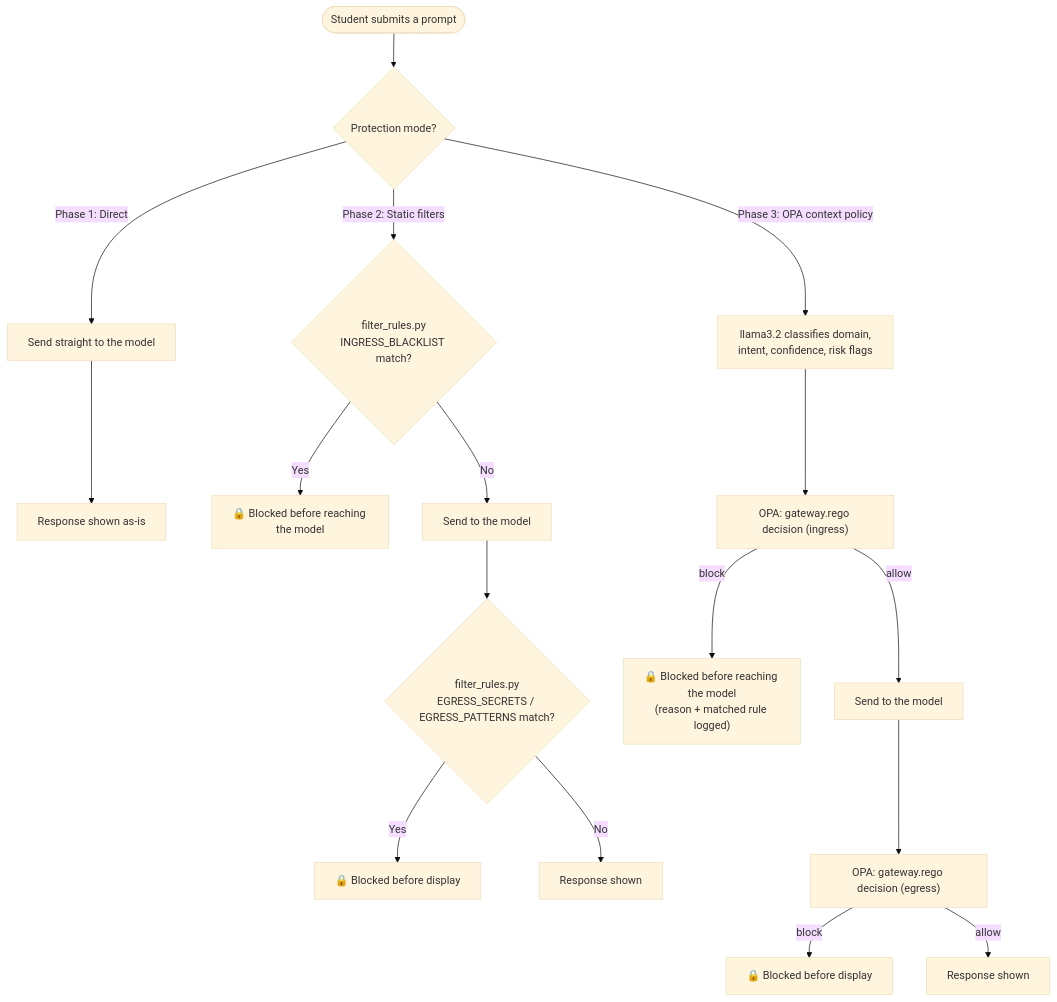
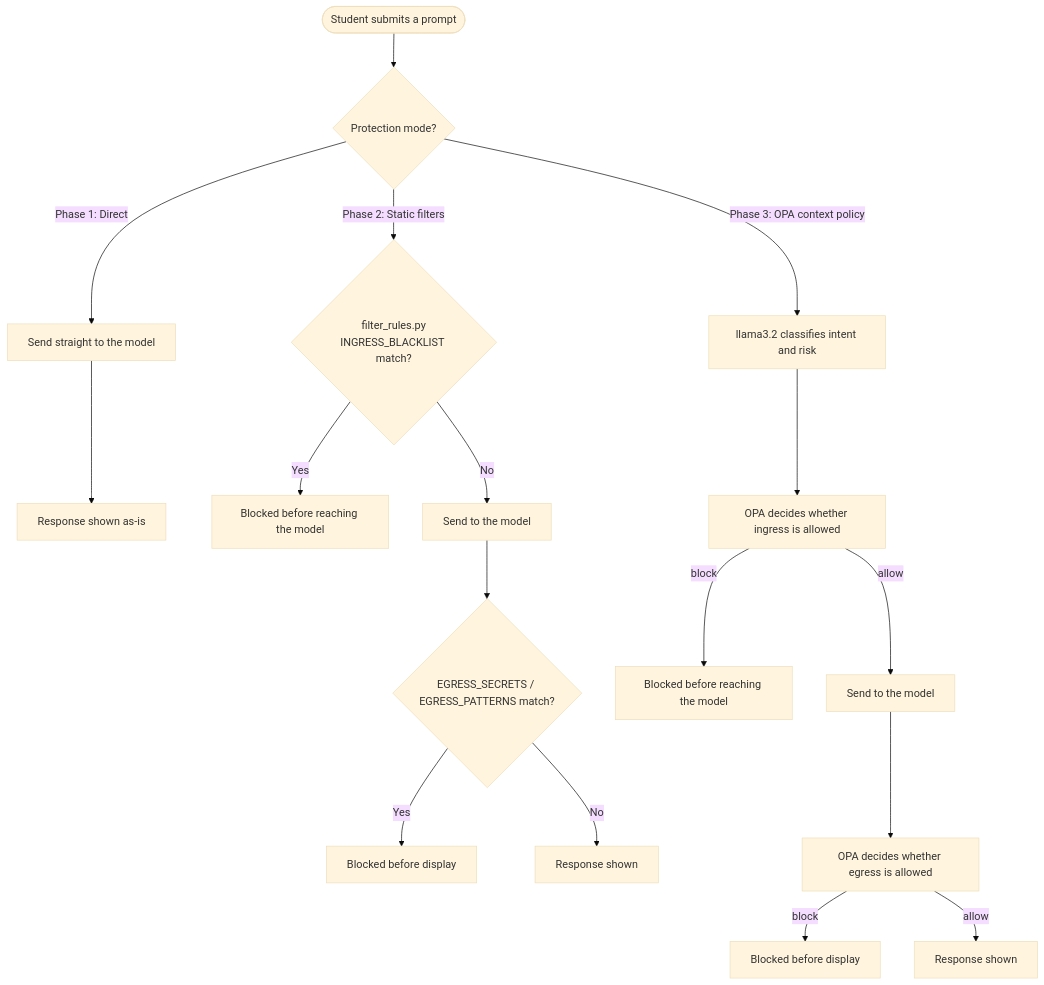
One commit to SixFiveMil/Securing-AI changed the second of 2 diagrams in README.md. Above: the diagram before and after it, drawn with Mermaid (base theme). The commit also changed other lines of this file, not shown here.

Commit message:
Update README: enhance clarity, reorganize sections, and refine instructions for lab phases and architecture

````diff
--- a/README.md
+++ b/README.md
@@ -121,22 +117,22 @@
 ```mermaid
 flowchart TD
     Start(["Student submits a prompt"]) --> Mode{"Protection mode?"}
 
     Mode -->|"Phase 1: Direct"| Model1["Send straight to the model"]
     Model1 --> Resp1["Response shown as-is"]
 
     Mode -->|"Phase 2: Static filters"| Ing2{"filter_rules.py<br/>INGRESS_BLACKLIST match?"}
-    Ing2 -->|Yes| Block2["🔒 Blocked before reaching the model"]
+    Ing2 -->|Yes| Block2["Blocked before reaching the model"]
     Ing2 -->|No| Model2["Send to the model"]
-    Model2 --> Eg2{"filter_rules.py<br/>EGRESS_SECRETS / EGRESS_PATTERNS match?"}
-    Eg2 -->|Yes| BlockE2["🔒 Blocked before display"]
+    Model2 --> Eg2{"EGRESS_SECRETS / EGRESS_PATTERNS match?"}
+    Eg2 -->|Yes| BlockE2["Blocked before display"]
     Eg2 -->|No| Resp2["Response shown"]
 
-    Mode -->|"Phase 3: OPA context policy"| Classify["llama3.2 classifies domain,<br/>intent, confidence, risk flags"]
-    Classify --> OPAIn["OPA: gateway.rego decision (ingress)"]
-    OPAIn -->|block| Block3["🔒 Blocked before reaching the model<br/>(reason + matched rule logged)"]
+    Mode -->|"Phase 3: OPA context policy"| Classify["llama3.2 classifies intent and risk"]
+    Classify --> OPAIn["OPA decides whether ingress is allowed"]
+    OPAIn -->|block| Block3["Blocked before reaching the model"]
     OPAIn -->|allow| Model3["Send to the model"]
-    Model3 --> OPAOut["OPA: gateway.rego decision (egress)"]
-    OPAOut -->|block| BlockE3["🔒 Blocked before display"]
+    Model3 --> OPAOut["OPA decides whether egress is allowed"]
+    OPAOut -->|block| BlockE3["Blocked before display"]
     OPAOut -->|allow| Resp3["Response shown"]
 ```
````
